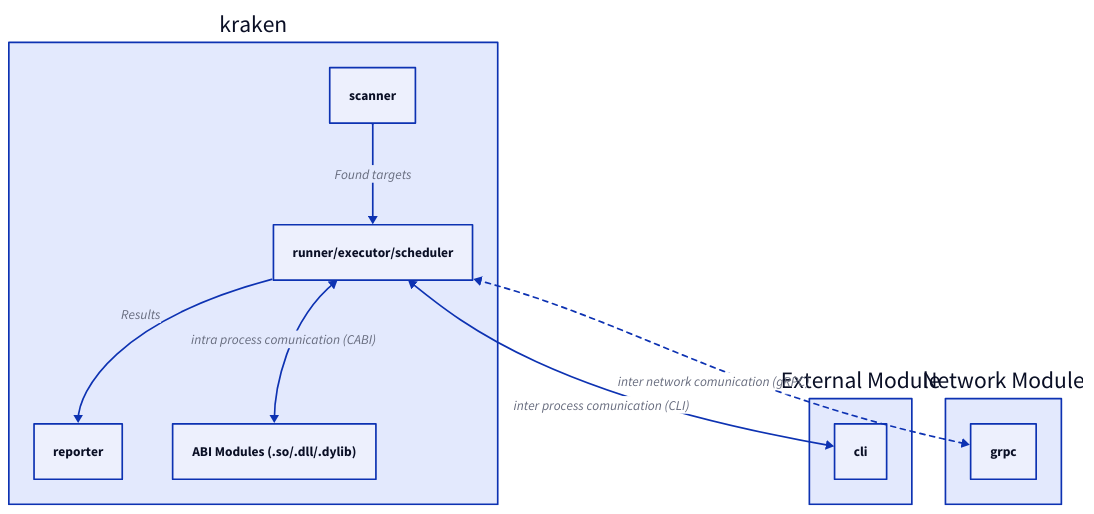
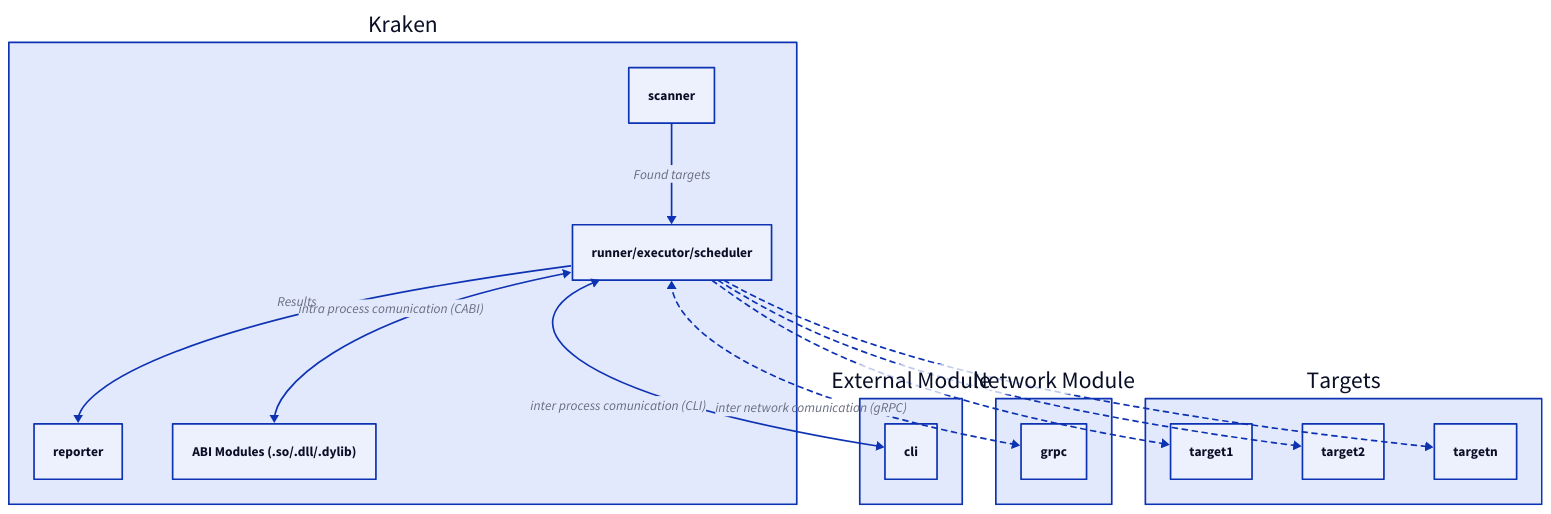
One commit to bytemomo/nautilus changed the diagram in docs/kraken/architecture.d2. Above: the diagram before and after it, drawn with D2. The commit also changed 6 other files, not shown here.

```diff
--- a/docs/kraken/architecture.d2
+++ b/docs/kraken/architecture.d2
@@ -1,39 +1,62 @@
 kraken: {
-  scanner: {
-    label: "scanner"
-  }
+    label: "Kraken"
 
-  runner: {
-    label: "runner/executor/scheduler"
-  }
+    scanner: {
+        label: "scanner"
+    }
 
-  reporter: {
-    label: "reporter"
-  }
+    runner: {
+        label: "runner/executor/scheduler"
+    }
 
-  abi_modules: {
-    label: "ABI Modules (.so/.dll/.dylib)"
-  }
+    reporter: {
+        label: "reporter"
+    }
 
-  runner <-> abi_modules: "intra process comunication (CABI)"
+    abi_modules: {
+        label: "ABI Modules (.so/.dll/.dylib)"
+    }
+
+    runner <-> abi_modules: "intra process comunication (CABI)"
 }
 
 kraken.scanner -> kraken.runner: "Found targets"
 kraken.runner -> kraken.reporter: "Results"
 
 external_modules: {
-  label: "External Module"
-  cli
+    label: "External Module"
+    cli
 }
 
 network_modules: {
-  label: "Network Module"
-  grpc
+    label: "Network Module"
+    grpc
 }
 
 kraken.runner <-> external_modules.cli: "inter process comunication (CLI)"
 kraken.runner <-> network_modules.grpc: "inter network comunication (gRPC)" {
-  style: {
-    stroke-dash: 3
-  }
+    style: {
+        stroke-dash: 3
+    }
 }
+
+targets: {
+    label: "Targets"
+
+    target1
+    target2
+    targetn
+}
+
+
+kraken.runner -> targets.target1: {
+    style.stroke-dash: 3
+}
+
+kraken.runner -> targets.target2: {
+    style.stroke-dash: 3
+}
+
+kraken.runner -> targets.targetn: {
+    style.stroke-dash: 3
+}
```
